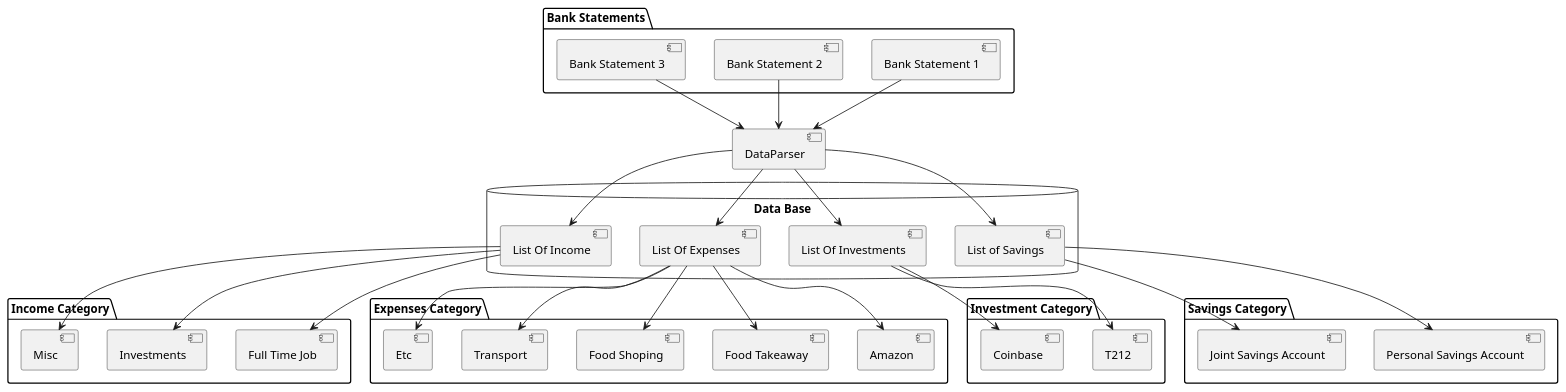
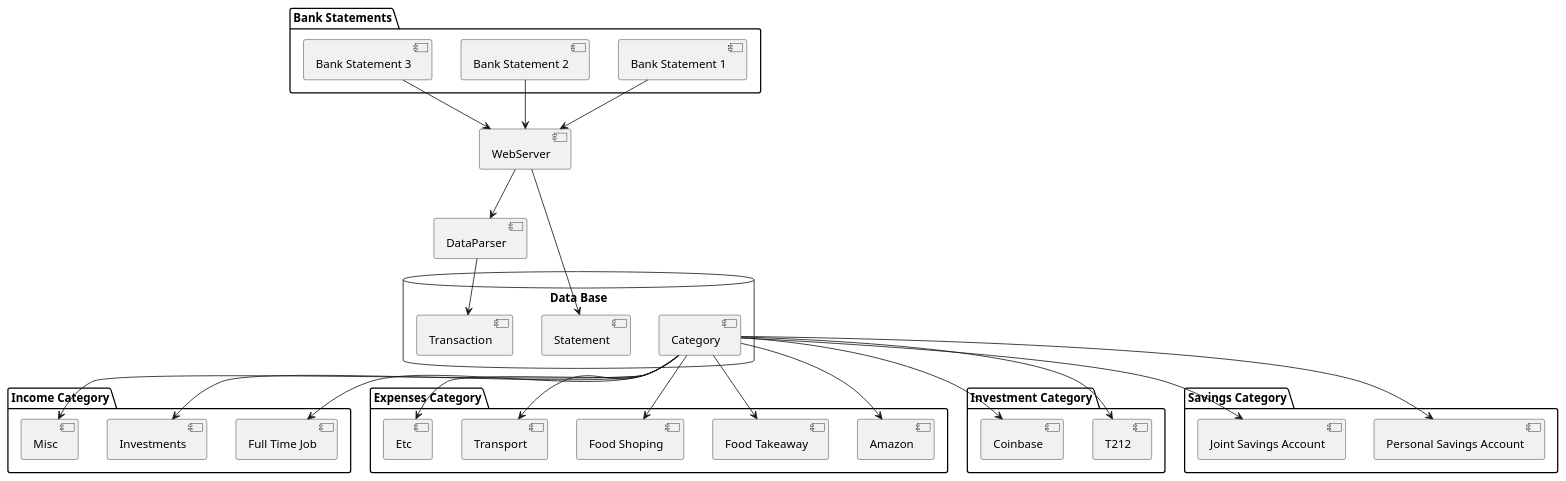
The diagram in Design/Component_Diagram.puml (iamczar/YourFinancialReportCard), drawn with PlantUML before and after one commit.

Commit message:
Update design diagram

```diff
--- a/Design/Component_Diagram.puml
+++ b/Design/Component_Diagram.puml
@@ -2,66 +2,64 @@
 @startuml
 
 package "Bank Statements" {
     [Bank Statement 1]
     [Bank Statement 2]
     [Bank Statement 3]
 }
 
 database "Data Base" {
-    [List Of Income]
-    [List Of Expenses]
-    [List Of Investments]
-    [List of Savings]
+    [Category]
+    [Transaction]
+    [Statement]
 }
-
 
 package "Income Category" {
     [Full Time Job]
     [Investments]
     [Misc]
 }
 
 package "Expenses Category" {
     [Amazon]
     [Food Takeaway]
     [Food Shoping]
     [Transport]
     [Etc]
 }
 
 package "Investment Category"{
     [T212]
     [Coinbase]
 }
 
 package "Savings Category"{
     [Personal Savings Account]
     [Joint Savings Account]
 }
 
-[Bank Statement 1]-->[DataParser]
-[Bank Statement 2]-->[DataParser]
-[Bank Statement 3]-->[DataParser]
+[Bank Statement 1]-->[WebServer]
+[Bank Statement 2]-->[WebServer]
+[Bank Statement 3]-->[WebServer]
 
-[DataParser]-->[List Of Income]
-[DataParser]-->[List Of Expenses]
-[DataParser]-->[List Of Investments]
-[DataParser]-->[List of Savings]
+[DataParser]-->[Transaction]
 
-[List Of Expenses]-->[Amazon]
-[List Of Expenses]-->[Food Shoping]
-[List Of Expenses]-->[Food Takeaway]
-[List Of Expenses]-->[Transport]
-[List Of Expenses]-->[Etc]
+[Category]-->[Amazon]
+[Category]-->[Food Shoping]
+[Category]-->[Food Takeaway]
+[Category]-->[Transport]
+[Category]-->[Etc]
 
-[List Of Income]-->[Full Time Job]
-[List Of Income]-->[Investments]
-[List Of Income]-->[Misc]
+[Category]-->[Full Time Job]
+[Category]-->[Investments]
+[Category]-->[Misc]
 
-[List Of Investments]-->[T212]
-[List Of Investments]-->[Coinbase]
+[Category]-->[T212]
+[Category]-->[Coinbase]
 
-[List of Savings]-->[Personal Savings Account]
-[List of Savings]-->[Joint Savings Account]
+[Category]-->[Personal Savings Account]
+[Category]-->[Joint Savings Account]
+
+[WebServer]-->[Statement]
+[WebServer]-->[DataParser]
 
 @enduml
```
